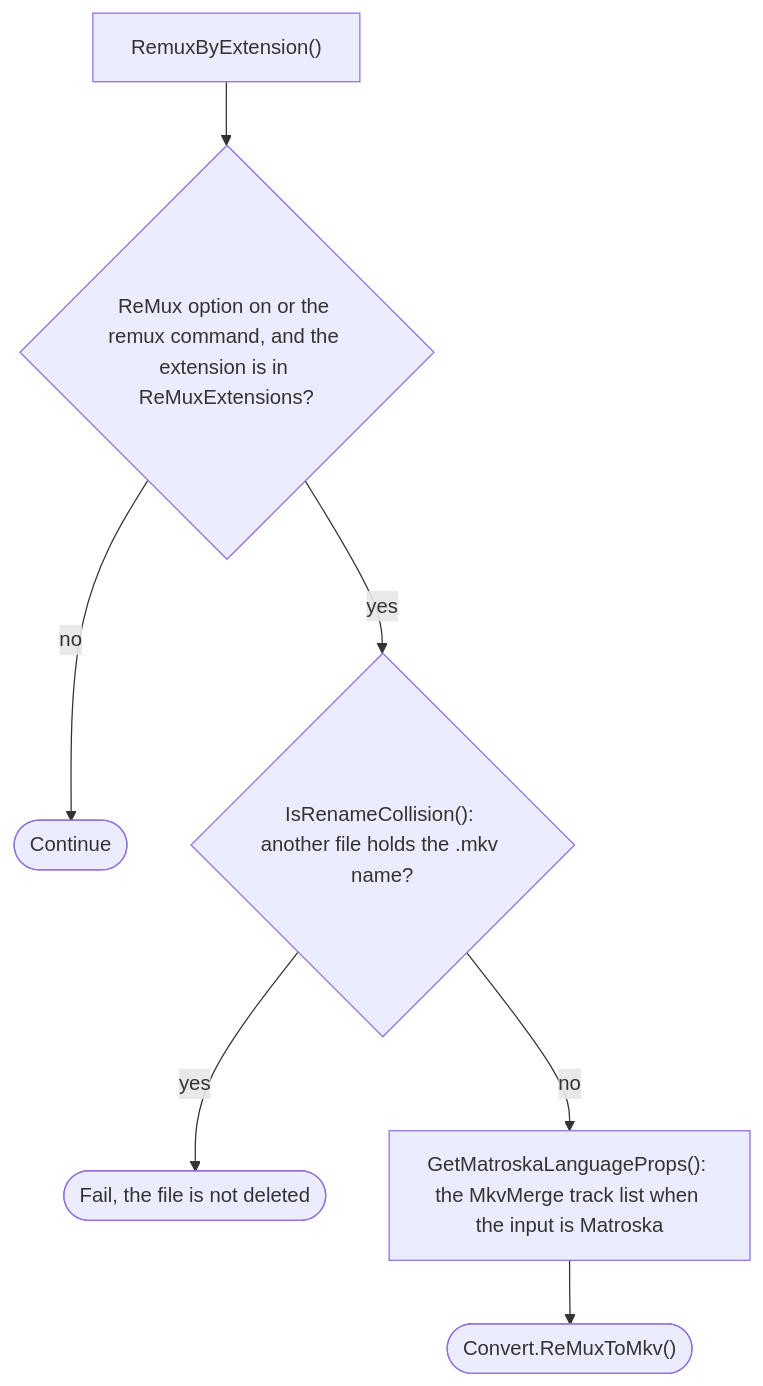
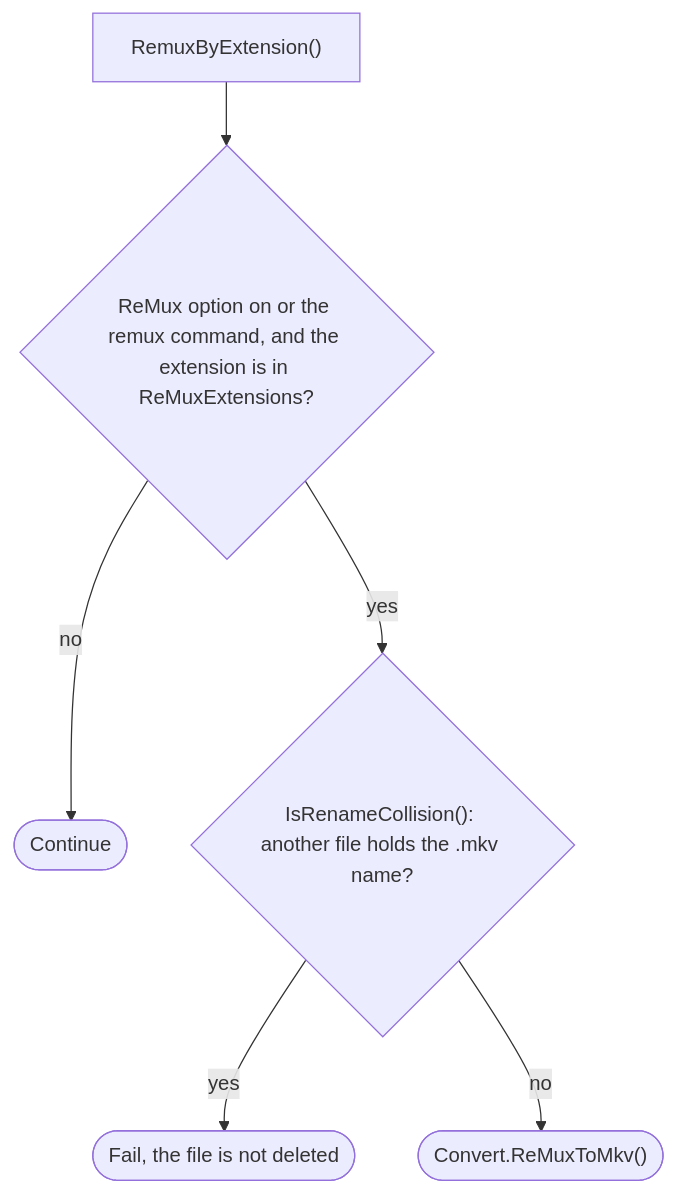
The sixth of 20 diagrams in ARCHITECTURE.md (ptr727/PlexCleaner), drawn with Mermaid before and after one commit. The commit also changed other lines of this file and 2 other files, not shown here.

Commit message:
Read Props Only in the FFmpeg Fallback for a Remux by Extension

````diff
--- a/ARCHITECTURE.md
+++ b/ARCHITECTURE.md
@@ -462,9 +461,8 @@
 ```mermaid
 flowchart TD
   A0["RemuxByExtension()"] --> A1{"ReMux option on or the remux command, and the extension is in ReMuxExtensions?"}
   A1 -->|no| AOK(["Continue"])
   A1 -->|yes| A2{"IsRenameCollision(): another file holds the .mkv name?"}
   A2 -->|yes| AF(["Fail, the file is not deleted"])
-  A2 -->|no| A3["GetMatroskaLanguageProps(): the MkvMerge track list when the input is Matroska"]
-  A3 --> AR(["Convert.ReMuxToMkv()"])
+  A2 -->|no| AR(["Convert.ReMuxToMkv()"])
 ```
````
